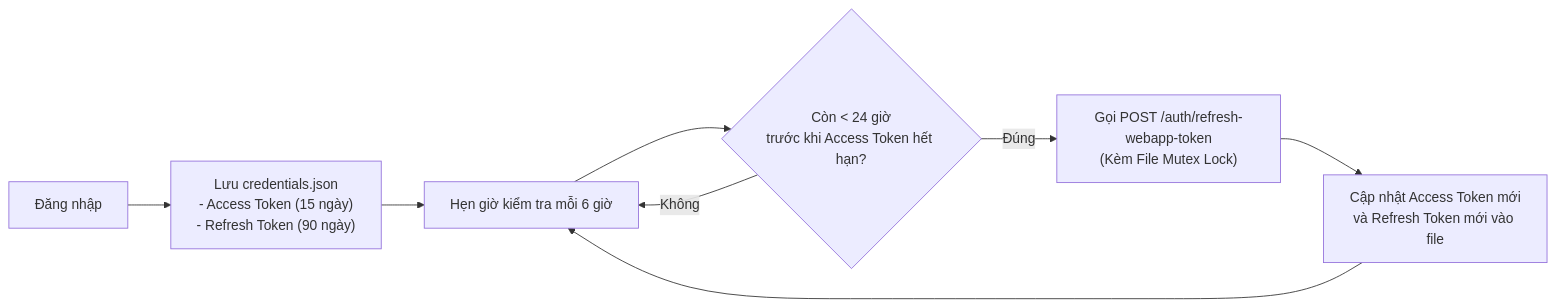
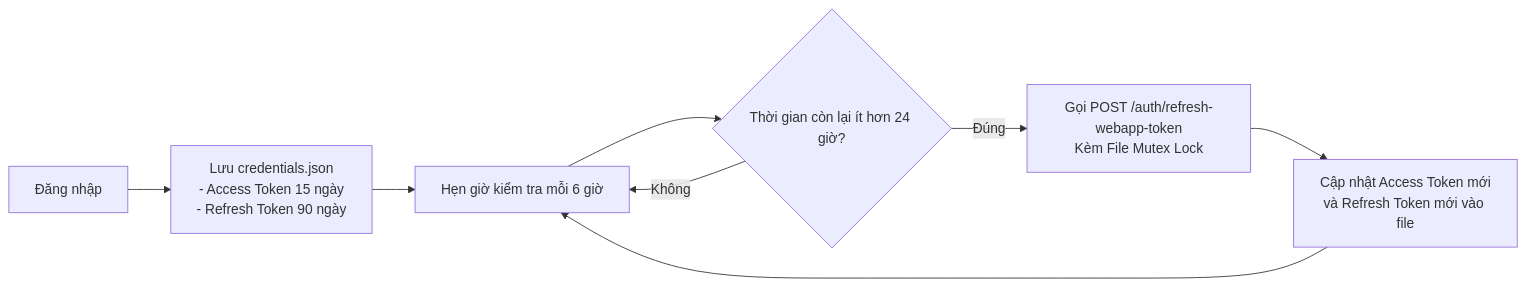
The second of 2 diagrams in 05-sdk-extraction-and-auth-guide.md (dichvuright/TammiApi), drawn with Mermaid before and after one commit. The commit also changed other lines of this file and 1 other file, not shown here.

Commit message:
fix(docs): fix Mermaid diagram syntax for GitHub renderer

````diff
--- a/05-sdk-extraction-and-auth-guide.md
+++ b/05-sdk-extraction-and-auth-guide.md
@@ -76,10 +76,10 @@
 ```mermaid
 flowchart LR
-    Login["Đăng nhập"] --> Save["Lưu credentials.json\n- Access Token (15 ngày)\n- Refresh Token (90 ngày)"]
+    Login["Đăng nhập"] --> Save["Lưu credentials.json<br/>- Access Token 15 ngày<br/>- Refresh Token 90 ngày"]
     Save --> Timer["Hẹn giờ kiểm tra mỗi 6 giờ"]
-    Timer --> Check{"Còn < 24 giờ\ntrước khi Access Token hết hạn?"}
-    Check -- Không --> Timer
-    Check -- Đúng --> Refresh["Gọi POST /auth/refresh-webapp-token\n(Kèm File Mutex Lock)"]
-    Refresh --> Rotate["Cập nhật Access Token mới\nvà Refresh Token mới vào file"]
+    Timer --> Check{"Thời gian còn lại ít hơn 24 giờ?"}
+    Check -- "Không" --> Timer
+    Check -- "Đúng" --> Refresh["Gọi POST /auth/refresh-webapp-token<br/>Kèm File Mutex Lock"]
+    Refresh --> Rotate["Cập nhật Access Token mới<br/>và Refresh Token mới vào file"]
     Rotate --> Timer
 ```
````
